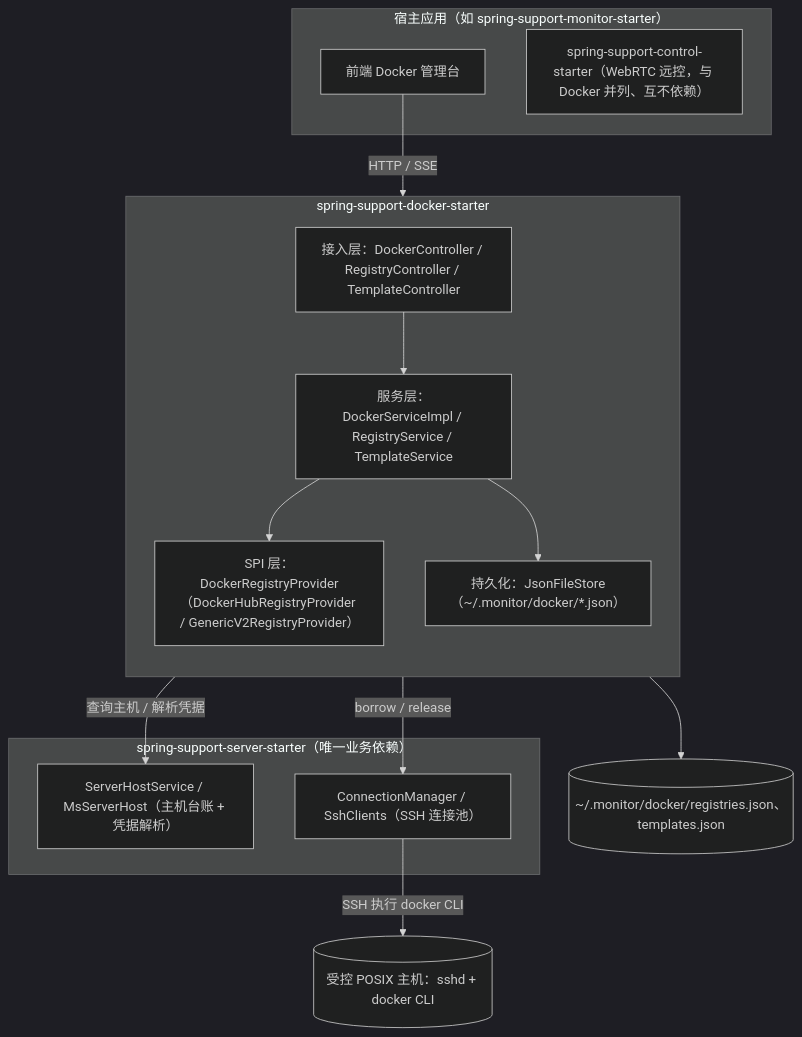
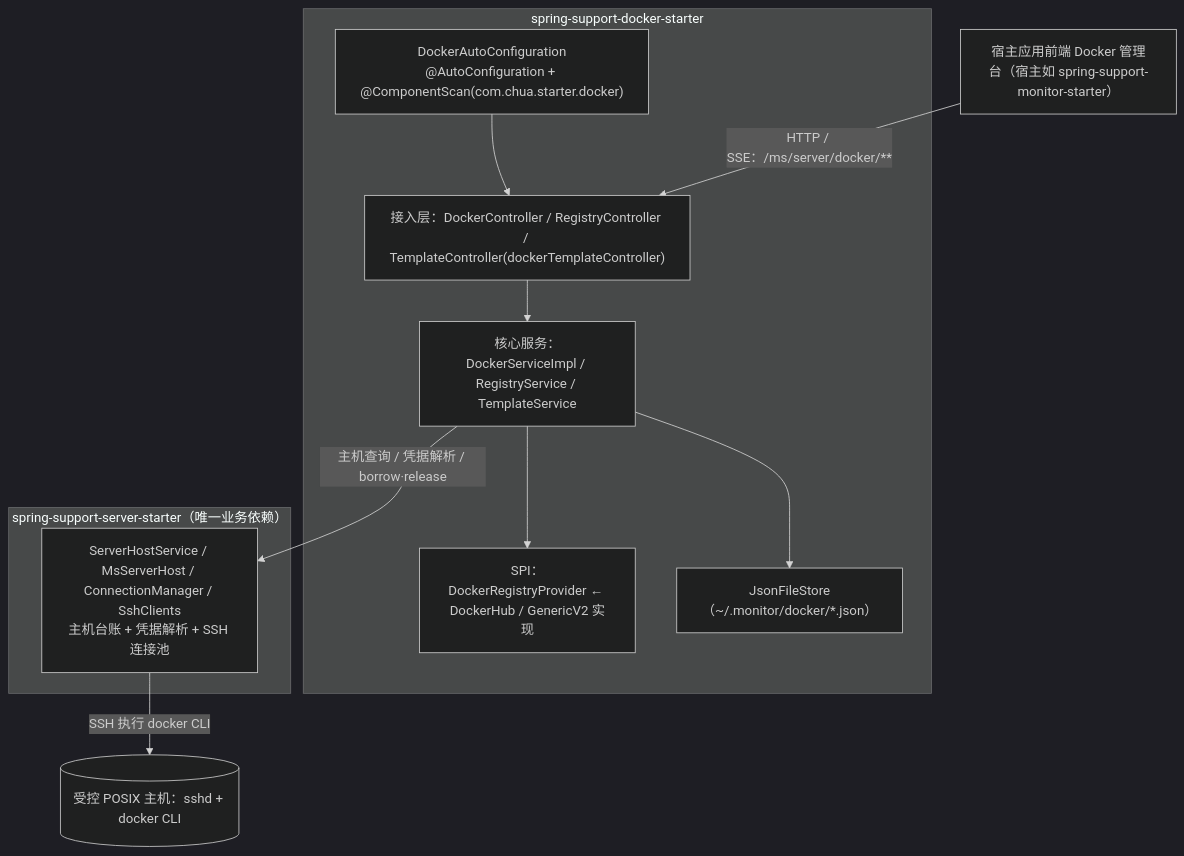
One commit to CHTK001/spring-support-parent-starter changed the first of 2 diagrams in spring-support-docker-starter/README.md. Above: the diagram before and after it, drawn with Mermaid (dark theme). The commit also changed other lines of this file and 54 other files, not shown here.

````diff
--- a/spring-support-docker-starter/README.md
+++ b/spring-support-docker-starter/README.md
@@ -15,32 +7,21 @@
 ```mermaid
 flowchart TB
-    subgraph host["宿主应用（如 spring-support-monitor-starter）"]
-        FE["前端 Docker 管理台"]
-        CTRL["spring-support-control-starter（WebRTC 远控，与 Docker 并列、互不依赖）"]
+    FE["宿主应用前端 Docker 管理台（宿主如 spring-support-monitor-starter）"]
+    subgraph docker["spring-support-docker-starter"]
+        AUTO["DockerAutoConfiguration<br/>@AutoConfiguration + @ComponentScan(com.chua.starter.docker)"]
+        WEB["接入层：DockerController / RegistryController / TemplateController(dockerTemplateController)"]
+        SVC["核心服务：DockerServiceImpl / RegistryService / TemplateService"]
+        SPIX["SPI：DockerRegistryProvider ← DockerHub / GenericV2 实现"]
+        STORE["JsonFileStore（~/.monitor/docker/*.json）"]
+        AUTO --> WEB --> SVC
+        SVC --> SPIX
+        SVC --> STORE
     end
-
-    subgraph docker["spring-support-docker-starter"]
-        direction TB
-        WEB["接入层：DockerController / RegistryController / TemplateController"]
-        SVC["服务层：DockerServiceImpl / RegistryService / TemplateService"]
-        SPIX["SPI 层：DockerRegistryProvider（DockerHubRegistryProvider / GenericV2RegistryProvider）"]
-        STORE["持久化：JsonFileStore（~/.monitor/docker/*.json）"]
+    subgraph server["spring-support-server-starter（唯一业务依赖）"]
+        DEP["ServerHostService / MsServerHost / ConnectionManager / SshClients<br/>主机台账 + 凭据解析 + SSH 连接池"]
     end
-
-    subgraph server["spring-support-server-starter（唯一业务依赖）"]
-        HOST["ServerHostService / MsServerHost（主机台账 + 凭据解析）"]
-        CONN["ConnectionManager / SshClients（SSH 连接池）"]
-    end
-
     REMOTE[("受控 POSIX 主机：sshd + docker CLI")]
-    FILES[("~/.monitor/docker/registries.json、templates.json")]
-
-    FE -->|"HTTP / SSE"| WEB
-    WEB --> SVC
-    SVC --> SPIX
-    SVC --> STORE
-    SVC -->|"查询主机 / 解析凭据"| HOST
-    SVC -->|"borrow / release"| CONN
-    CONN -->|"SSH 执行 docker CLI"| REMOTE
-    STORE --> FILES
+    FE -->|"HTTP / SSE：/ms/server/docker/**"| WEB
+    SVC -->|"主机查询 / 凭据解析 / borrow·release"| DEP
+    DEP -->|"SSH 执行 docker CLI"| REMOTE
 ```
````
